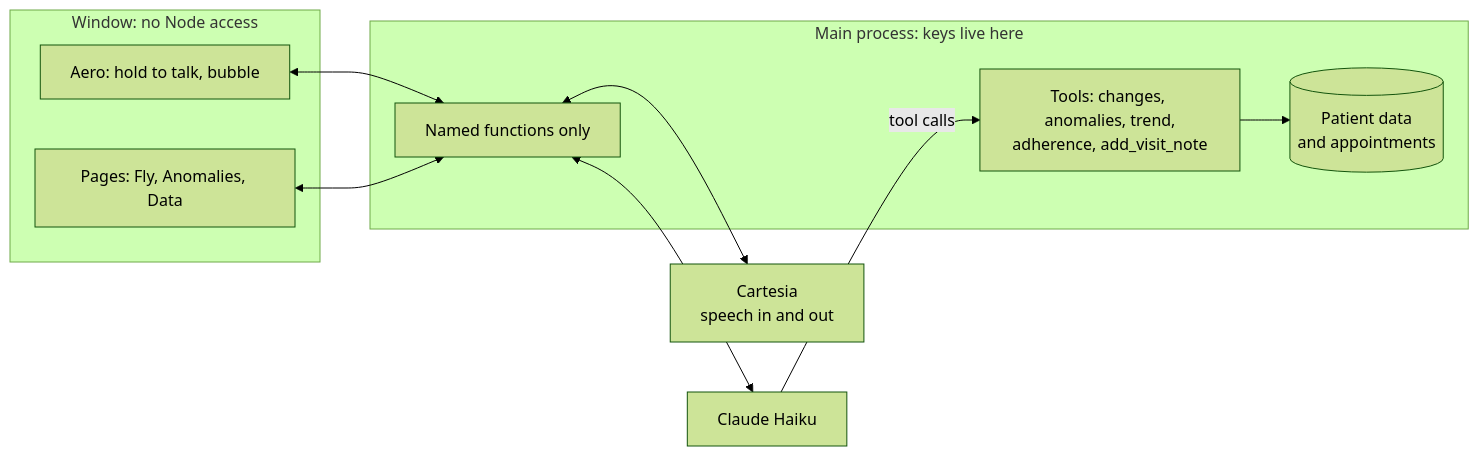
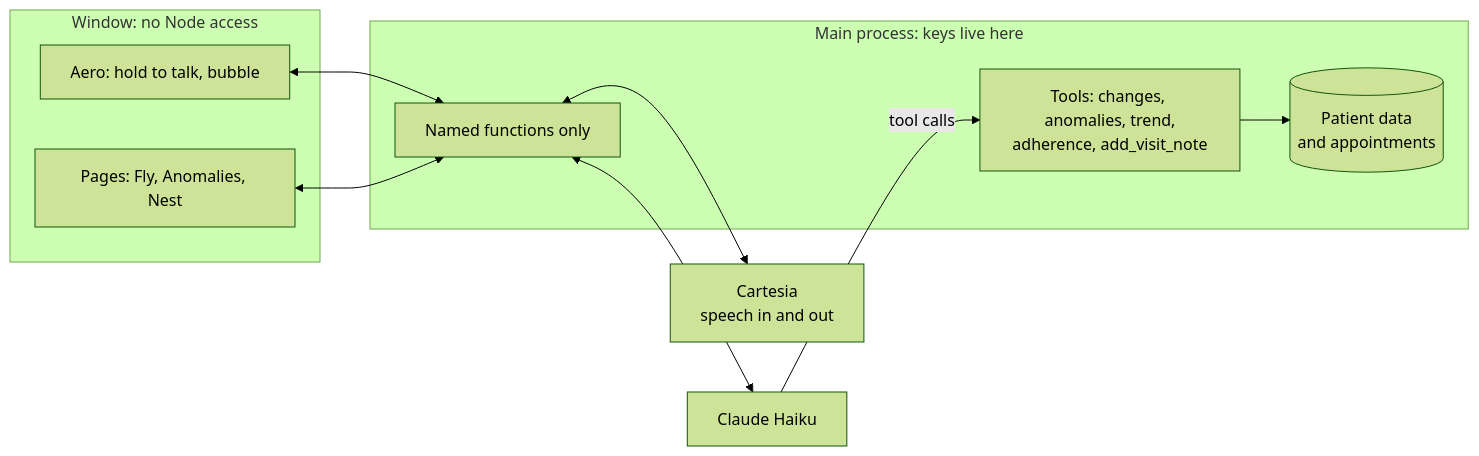
The second of 2 diagrams in README.md (ShawnJoshua03/Aero-SMART-Home), drawn with Mermaid (forest theme) before and after one commit. The commit also changed other lines of this file and 8 other files, not shown here.

````diff
--- a/README.md
+++ b/README.md
@@ -126,19 +126,19 @@
 ```mermaid
 flowchart LR
   subgraph R["Window: no Node access"]
-    P["Pages: Fly, Anomalies, Data"]
+    P["Pages: Fly, Anomalies, Nest"]
     A["Aero: hold to talk, bubble"]
   end
   subgraph M["Main process: keys live here"]
     I["Named functions only"]
     T["Tools: changes, anomalies, trend,<br>adherence, add_visit_note"]
     D[("Patient data<br>and appointments")]
   end
   H["Claude Haiku"]
   C["Cartesia<br>speech in and out"]
   A <--> I
   P <--> I
   I <--> H
   H -- tool calls --> T --> D
   I <--> C
 ```
````
